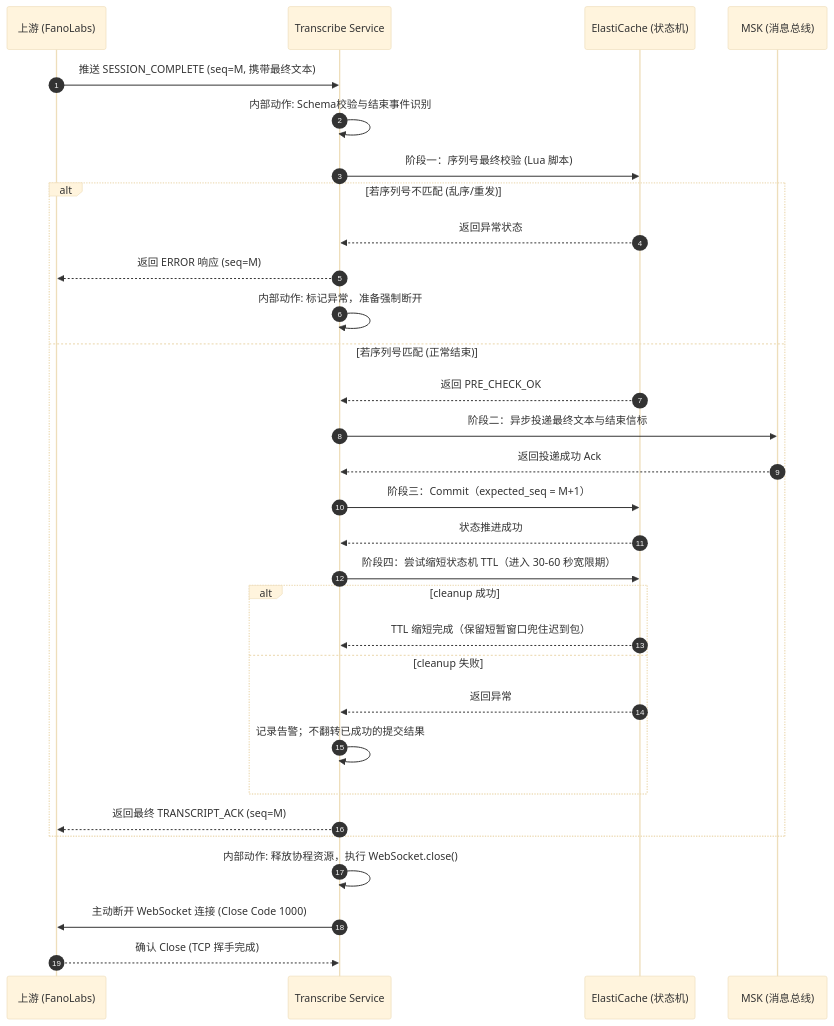
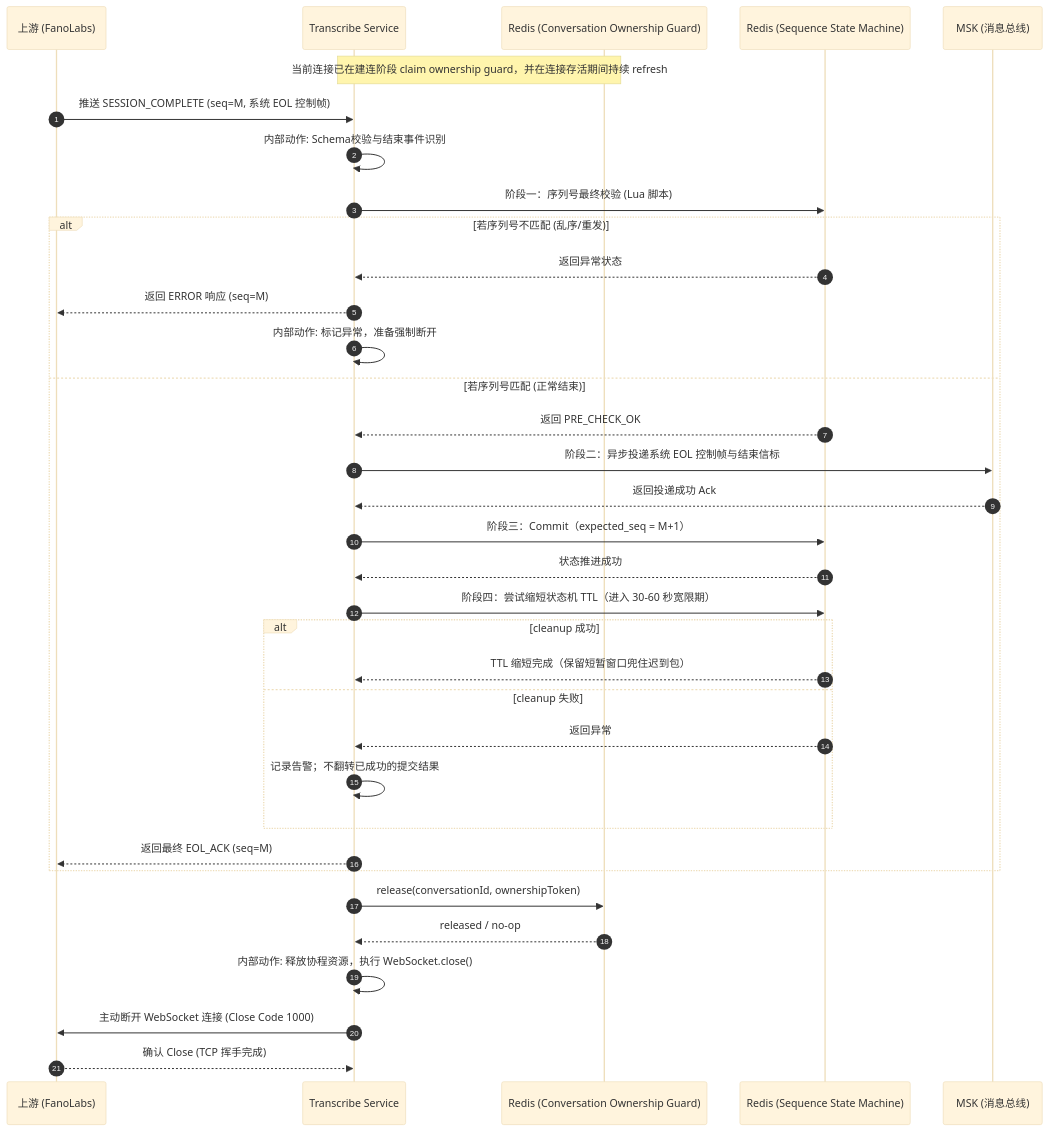
Before and after one commit to xiaodouya001/transcribe_service: the fourth of 6 diagrams in design/application-design_zh.md, drawn with Mermaid (base theme). The commit also changed other lines of this file and 44 other files, not shown here.

Commit message:
Align EOL contract and unify Redis ownership/state modules

````diff
--- a/design/application-design_zh.md
+++ b/design/application-design_zh.md
@@ -149,41 +165,46 @@
 ```mermaid
 sequenceDiagram
     autonumber
     participant Vendor as 上游 (FanoLabs)
     participant Trans as Transcribe Service
-    participant Redis as ElastiCache (状态机)
+    participant RedisOwnership as Redis (Conversation Ownership Guard)
+    participant RedisState as Redis (Sequence State Machine)
     participant Kafka as MSK (消息总线)
 
-    Vendor->>Trans: 推送 SESSION_COMPLETE (seq=M, 携带最终文本)
+    Note over Trans,RedisOwnership: 当前连接已在建连阶段 claim ownership guard，并在连接存活期间持续 refresh
+
+    Vendor->>Trans: 推送 SESSION_COMPLETE (seq=M, 系统 EOL 控制帧)
     Trans->>Trans: 内部动作: Schema校验与结束事件识别
     
-    Trans->>Redis: 阶段一：序列号最终校验 (Lua 脚本)
+    Trans->>RedisState: 阶段一：序列号最终校验 (Lua 脚本)
     
     alt 若序列号不匹配 (乱序/重发)
-        Redis-->>Trans: 返回异常状态
+        RedisState-->>Trans: 返回异常状态
         Trans-->>Vendor: 返回 ERROR 响应 (seq=M)
         Trans->>Trans: 内部动作: 标记异常，准备强制断开
     else 若序列号匹配 (正常结束)
-        Redis-->>Trans: 返回 PRE_CHECK_OK
+        RedisState-->>Trans: 返回 PRE_CHECK_OK
         
-        Trans->>Kafka: 阶段二：异步投递最终文本与结束信标
+        Trans->>Kafka: 阶段二：异步投递系统 EOL 控制帧与结束信标
         Kafka-->>Trans: 返回投递成功 Ack
         
-        Trans->>Redis: 阶段三：Commit（expected_seq = M+1）
-        Redis-->>Trans: 状态推进成功
+        Trans->>RedisState: 阶段三：Commit（expected_seq = M+1）
+        RedisState-->>Trans: 状态推进成功
 
-        Trans->>Redis: 阶段四：尝试缩短状态机 TTL（进入 30-60 秒宽限期）
+        Trans->>RedisState: 阶段四：尝试缩短状态机 TTL（进入 30-60 秒宽限期）
         alt cleanup 成功
-            Redis-->>Trans: TTL 缩短完成（保留短暂窗口兜住迟到包）
+            RedisState-->>Trans: TTL 缩短完成（保留短暂窗口兜住迟到包）
         else cleanup 失败
-            Redis-->>Trans: 返回异常
+            RedisState-->>Trans: 返回异常
             Trans->>Trans: 记录告警；不翻转已成功的提交结果
         end
 
-        Trans-->>Vendor: 返回最终 TRANSCRIPT_ACK (seq=M)
+        Trans-->>Vendor: 返回最终 EOL_ACK (seq=M)
     end
     
+    Trans->>RedisOwnership: release(conversationId, ownershipToken)
+    RedisOwnership-->>Trans: released / no-op
     Trans->>Trans: 内部动作: 释放协程资源，执行 WebSocket.close()
     Trans->>Vendor: 主动断开 WebSocket 连接 (Close Code 1000)
     Vendor-->>Trans: 确认 Close (TCP 挥手完成)
 ```
````
